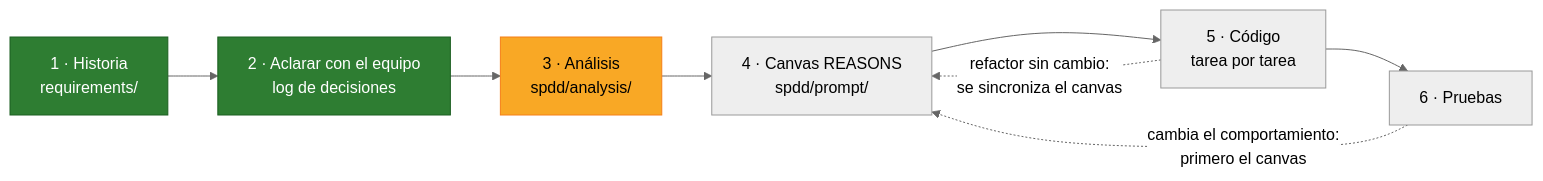
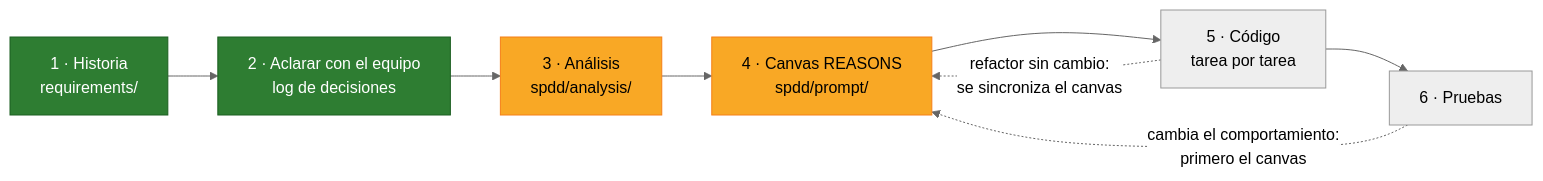
The first of 4 diagrams in README.md (Maria-Fernanda-Ruiz/agregador-resiliente), drawn with Mermaid (neutral theme) before and after one commit. The commit also changed other lines of this file and 2 other files, not shown here.

````diff
--- a/README.md
+++ b/README.md
@@ -20,14 +20,14 @@
 ```mermaid
 flowchart LR
     H["1 · Historia<br/>requirements/"] --> C["2 · Aclarar con el equipo<br/>log de decisiones"]
     C --> AN["3 · Análisis<br/>spdd/analysis/"]
     AN --> CV["4 · Canvas REASONS<br/>spdd/prompt/"]
     CV --> G["5 · Código<br/>tarea por tarea"]
     G --> T["6 · Pruebas"]
     T -.->|"cambia el comportamiento:<br/>primero el canvas"| CV
     G -.->|"refactor sin cambio:<br/>se sincroniza el canvas"| CV
     classDef hecho fill:#2e7d32,stroke:#1b5e20,color:#ffffff
     classDef actual fill:#f9a825,stroke:#f57f17,color:#000000
     class H,C hecho
-    class AN actual
+    class AN,CV actual
 ```
````
